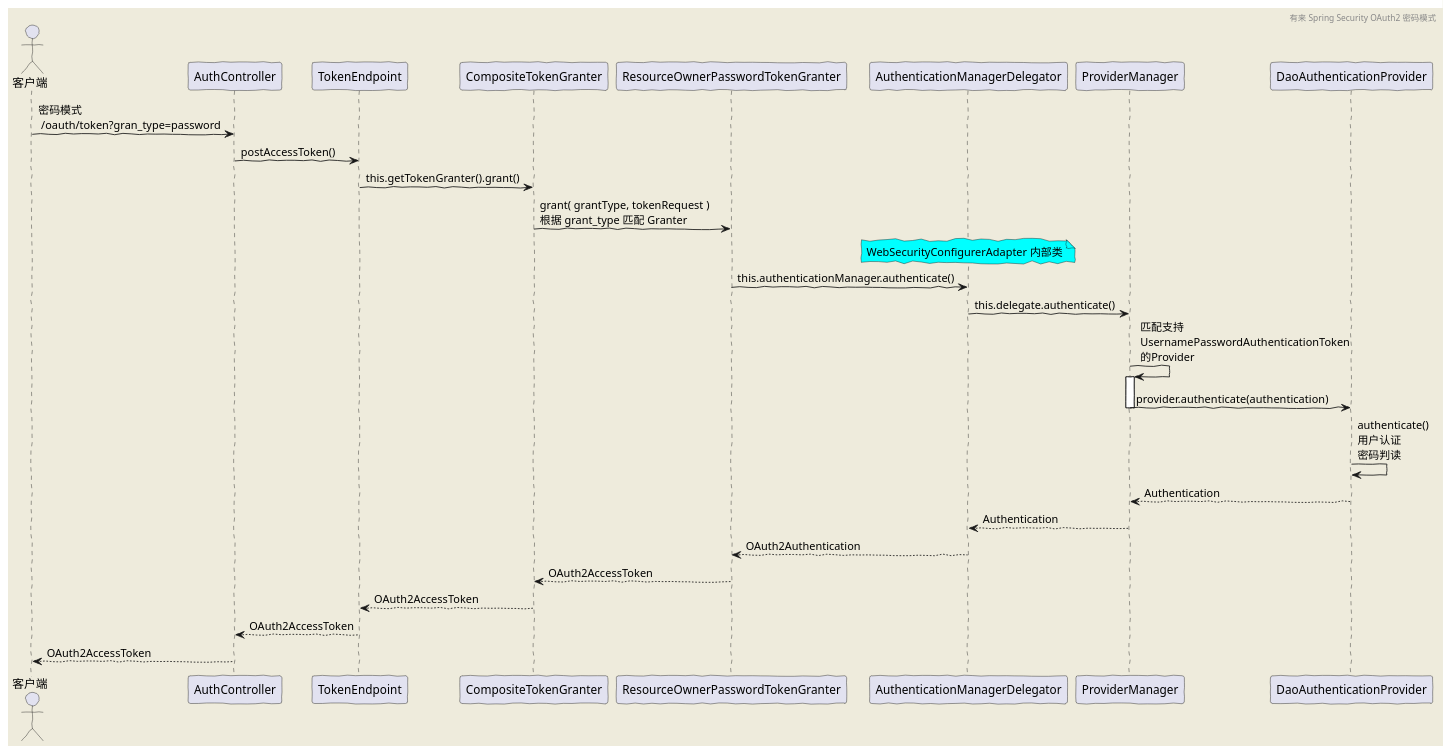
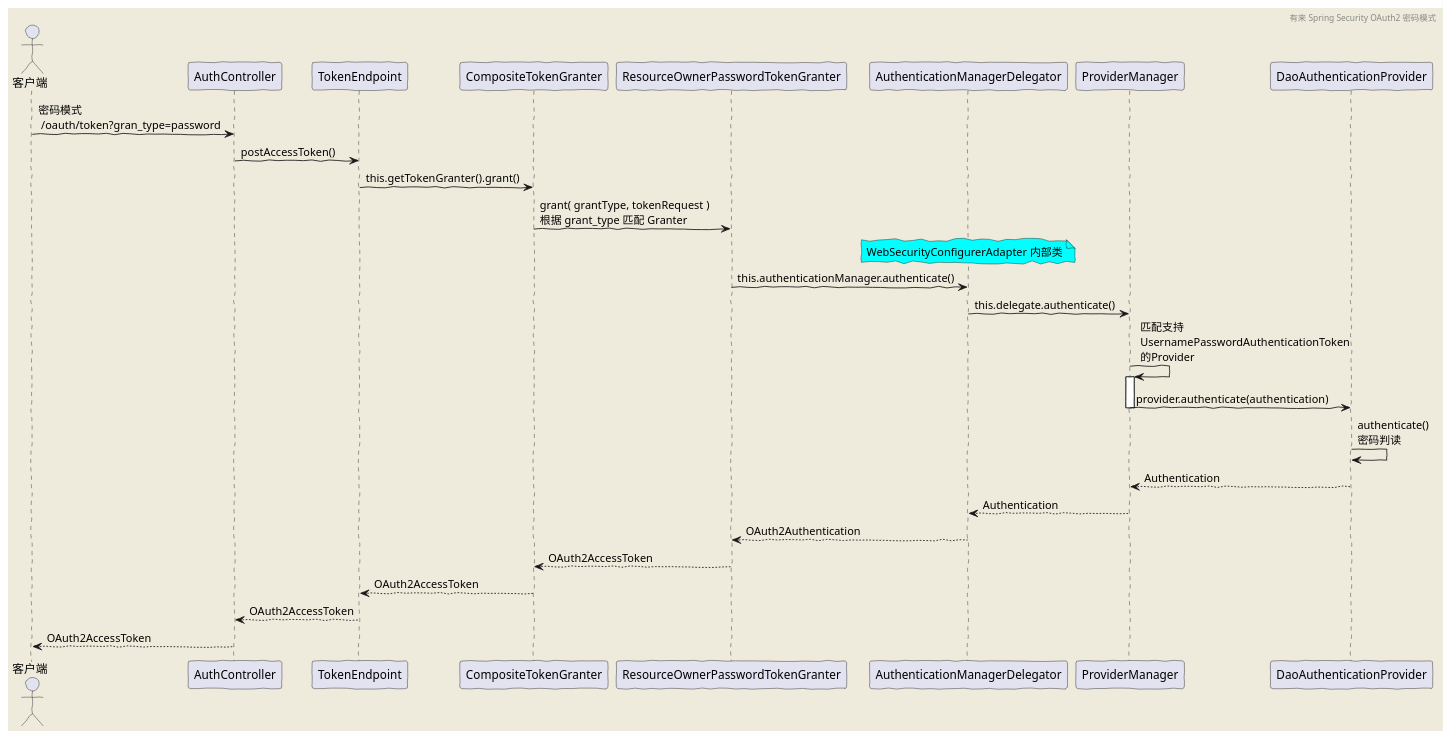
One commit to youlaitech/youlai-mall changed the diagram in doc/diagram/oauth2/password.puml. Above: the diagram before and after it, drawn with PlantUML. The commit also changed 2 other files, not shown here.

Commit message:
refactor(diagram): 更新Spring Security OAuth2时序图

```diff
--- a/doc/diagram/oauth2/password.puml
+++ b/doc/diagram/oauth2/password.puml
@@ -2,33 +2,33 @@
 @startuml
 'https://plantuml.com/sequence-diagram
 skinparam backgroundColor #EEEBDC
 skinparam handwritten true
 
 header 有来 Spring Security OAuth2 密码模式
 
 actor 客户端
 
 客户端 -> AuthController: 密码模式 \n /oauth/token?gran_type=password
 AuthController -> TokenEndpoint: postAccessToken()
 TokenEndpoint -> CompositeTokenGranter: this.getTokenGranter().grant()
 CompositeTokenGranter->ResourceOwnerPasswordTokenGranter:grant( grantType, tokenRequest )\n根据 grant_type 匹配 Granter
 note over of AuthenticationManagerDelegator #aqua
 WebSecurityConfigurerAdapter 内部类
 end note
 ResourceOwnerPasswordTokenGranter-> AuthenticationManagerDelegator:this.authenticationManager.authenticate()
 AuthenticationManagerDelegator -> ProviderManager: this.delegate.authenticate()
 
 
 ProviderManager -> ProviderManager: 匹配支持\nUsernamePasswordAuthenticationToken\n的Provider
 activate ProviderManager
 ProviderManager -> DaoAuthenticationProvider: provider.authenticate(authentication)
 deactivate ProviderManager
-DaoAuthenticationProvider -> DaoAuthenticationProvider:authenticate()\n用户认证\n密码判读
+DaoAuthenticationProvider -> DaoAuthenticationProvider:authenticate()\n密码判读
 ProviderManager <-- DaoAuthenticationProvider: Authentication
 AuthenticationManagerDelegator <-- ProviderManager: Authentication
 ResourceOwnerPasswordTokenGranter <-- AuthenticationManagerDelegator: OAuth2Authentication
 CompositeTokenGranter <-- ResourceOwnerPasswordTokenGranter: OAuth2AccessToken
 TokenEndpoint <-- CompositeTokenGranter:OAuth2AccessToken
 AuthController <-- TokenEndpoint:OAuth2AccessToken
 客户端 <-- AuthController: OAuth2AccessToken
 @enduml
```
